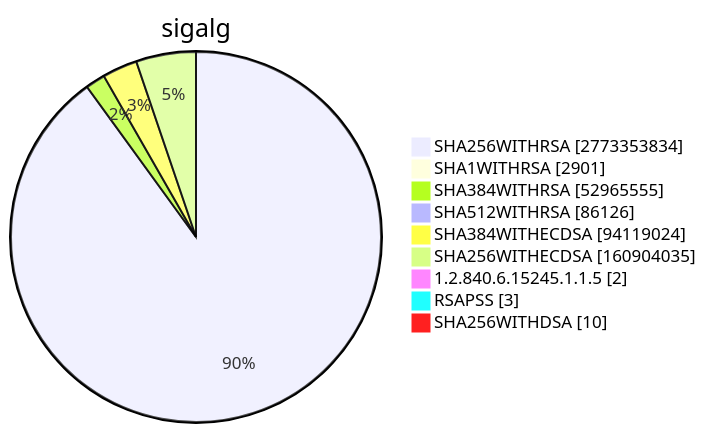
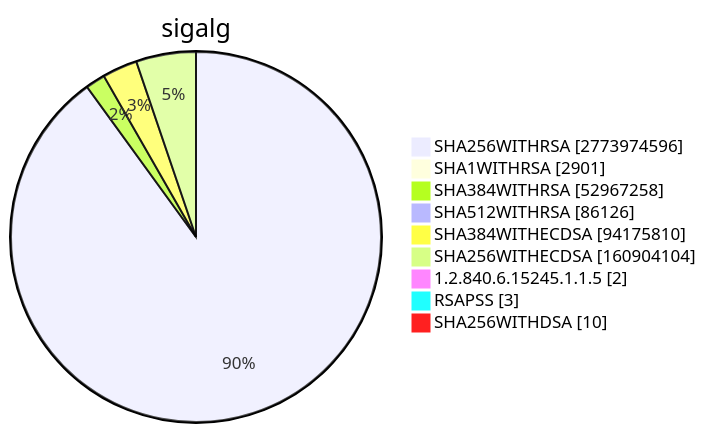
Diagram 15 of 15 in TOTAL/README.md (christiankrug/ctmonitor_visualization), drawn with Mermaid before and after one commit. The commit also changed other lines of this file, not shown here.

````diff
--- a/TOTAL/README.md
+++ b/TOTAL/README.md
@@ -6207,13 +6207,13 @@
 ```mermaid
 pie showData
 title sigalg
-"SHA256WITHRSA" :2773353834
+"SHA256WITHRSA" :2773974596
 "SHA1WITHRSA" :2901
-"SHA384WITHRSA" :52965555
+"SHA384WITHRSA" :52967258
 "SHA512WITHRSA" :86126
-"SHA384WITHECDSA" :94119024
-"SHA256WITHECDSA" :160904035
+"SHA384WITHECDSA" :94175810
+"SHA256WITHECDSA" :160904104
 "1.2.840.6.15245.1.1.5" :2
 "RSAPSS" :3
 "SHA256WITHDSA" :10
 ```
````
